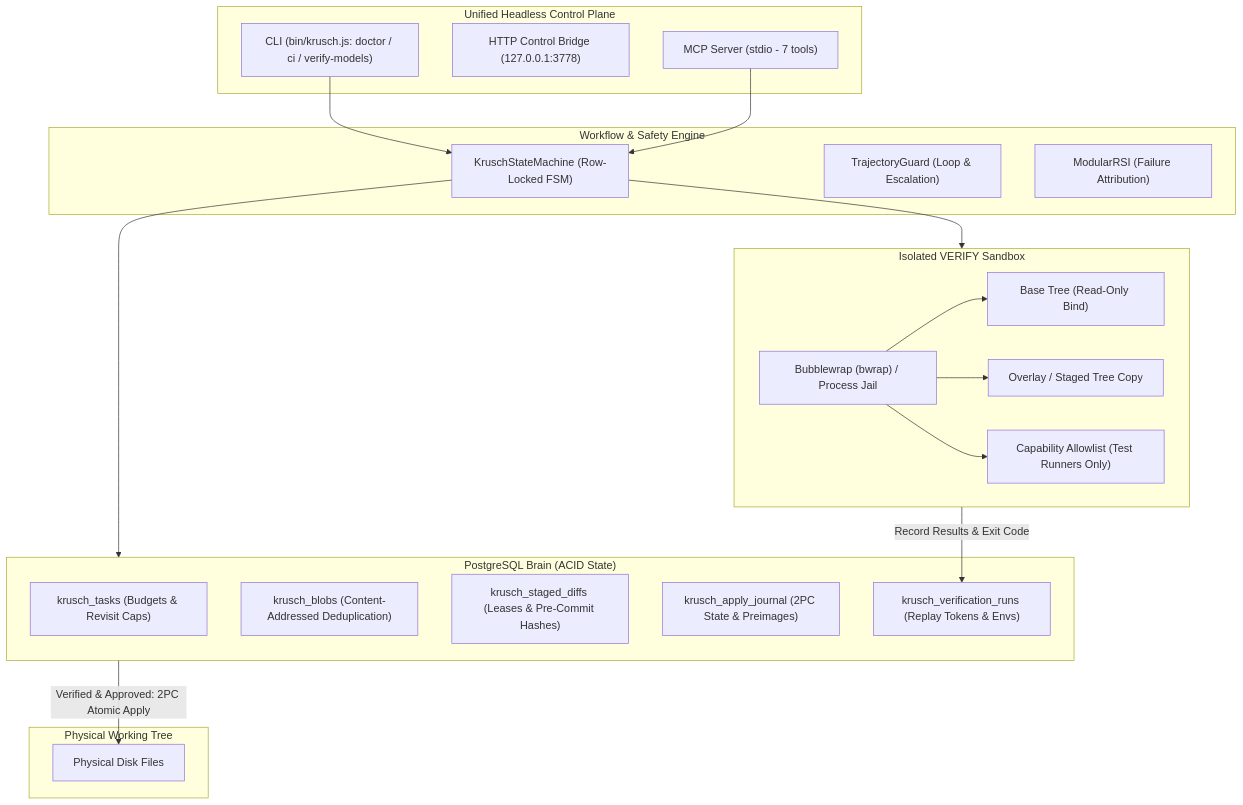
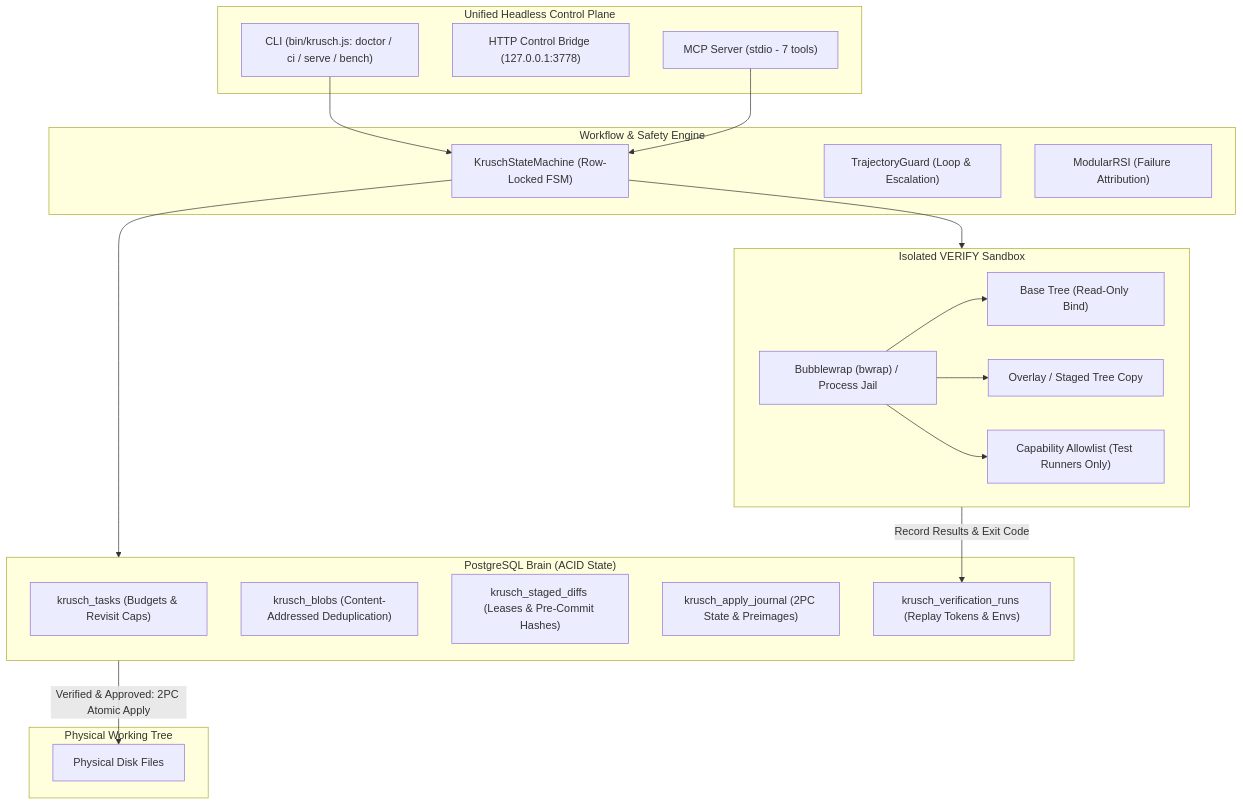
One commit to kruschdev/krusch changed the diagram in README.md. Above: the diagram before and after it, drawn with Mermaid. The commit also changed other lines of this file, not shown here.

````diff
--- a/README.md
+++ b/README.md
@@ -49,43 +49,43 @@
 ```mermaid
 flowchart TD
     subgraph ControlPlane ["Unified Headless Control Plane"]
-        CLI["CLI (bin/krusch.js: doctor / ci / verify-models)"]
+        CLI["CLI (bin/krusch.js: doctor / ci / serve / bench)"]
         Bridge["HTTP Control Bridge (127.0.0.1:3778)"]
         MCP["MCP Server (stdio - 7 tools)"]
     end
 
     subgraph Workflow ["Workflow & Safety Engine"]
         FSM["KruschStateMachine (Row-Locked FSM)"]
         Guard["TrajectoryGuard (Loop & Escalation)"]
         Classifier["ModularRSI (Failure Attribution)"]
     end
 
     subgraph StorageEngine ["PostgreSQL Brain (ACID State)"]
         Tasks["krusch_tasks (Budgets & Revisit Caps)"]
         Blobs["krusch_blobs (Content-Addressed Deduplication)"]
         Diffs["krusch_staged_diffs (Leases & Pre-Commit Hashes)"]
         Journal["krusch_apply_journal (2PC State & Preimages)"]
         Runs["krusch_verification_runs (Replay Tokens & Envs)"]
     end
 
     subgraph Sandbox ["Isolated VERIFY Sandbox"]
         Bwrap["Bubblewrap (bwrap) / Process Jail"]
         BaseRO["Base Tree (Read-Only Bind)"]
         Overlay["Overlay / Staged Tree Copy"]
         Allowlist["Capability Allowlist (Test Runners Only)"]
         Bwrap --> BaseRO
         Bwrap --> Overlay
         Bwrap --> Allowlist
     end
 
     subgraph Disk ["Physical Working Tree"]
         WorkingTree["Physical Disk Files"]
     end
 
     CLI --> FSM
     MCP --> FSM
     FSM --> StorageEngine
     FSM --> Sandbox
     Sandbox -->|Record Results & Exit Code| Runs
     StorageEngine -->|Verified & Approved: 2PC Atomic Apply| WorkingTree
 ```
````
